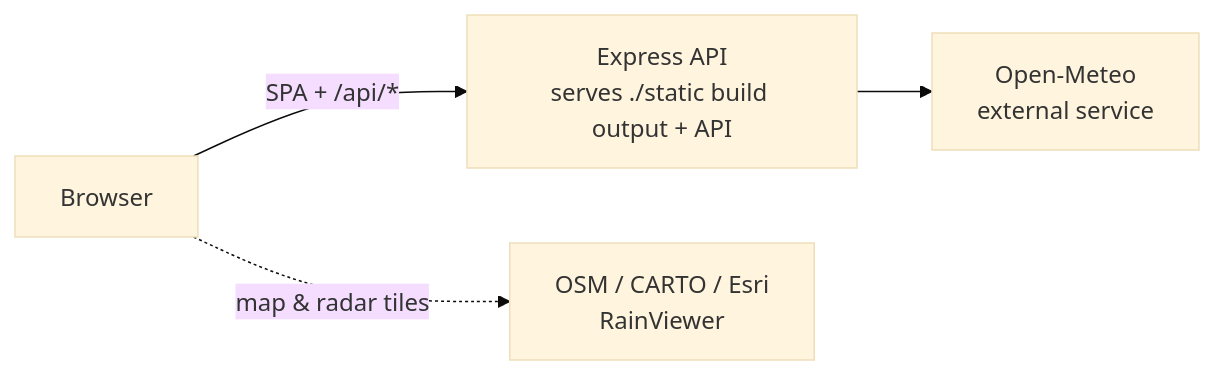
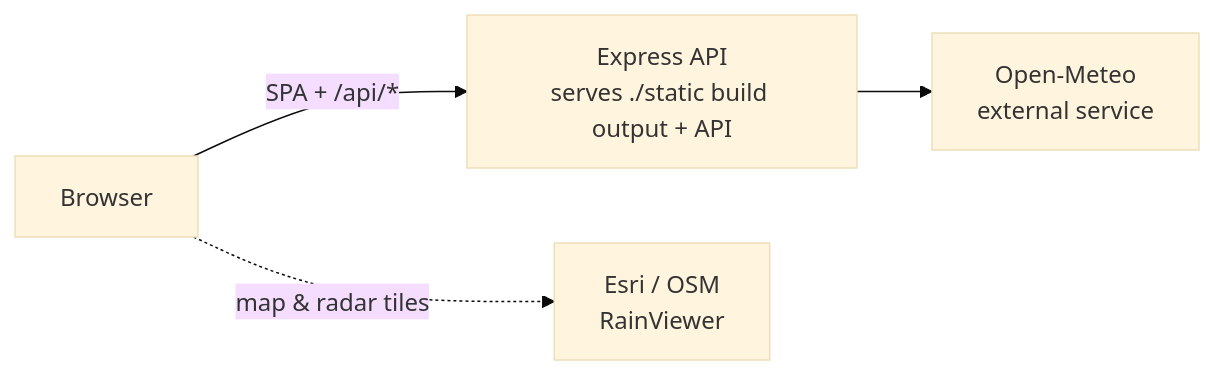
Before and after one commit to microsoft/aspire-samples: the second of 2 diagrams in samples/aspire-with-node/README.md, drawn with Mermaid (base theme). The commit also changed other lines of this file and 67 other files, not shown here.

````diff
--- a/samples/aspire-with-node/README.md
+++ b/samples/aspire-with-node/README.md
@@ -28,6 +31,6 @@
 ```mermaid
 flowchart LR
     Browser -->|SPA + /api/*| Express[Express API<br/>serves ./static build output + API]
     Express --> OpenMeteo[Open-Meteo<br/>external service]
-    Browser -. map & radar tiles .-> Tiles[OSM / CARTO / Esri<br/>RainViewer]
+    Browser -. map & radar tiles .-> Tiles[Esri / OSM<br/>RainViewer]
 ```
````
